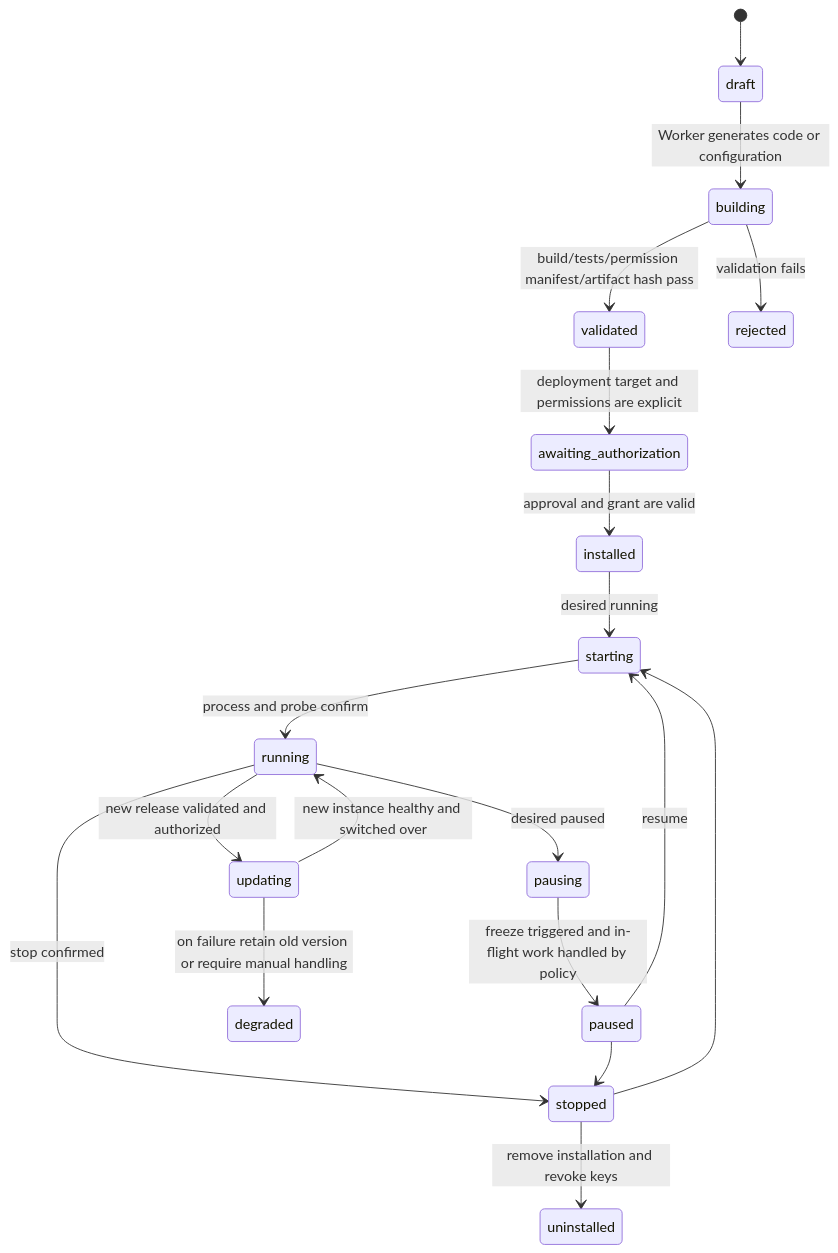
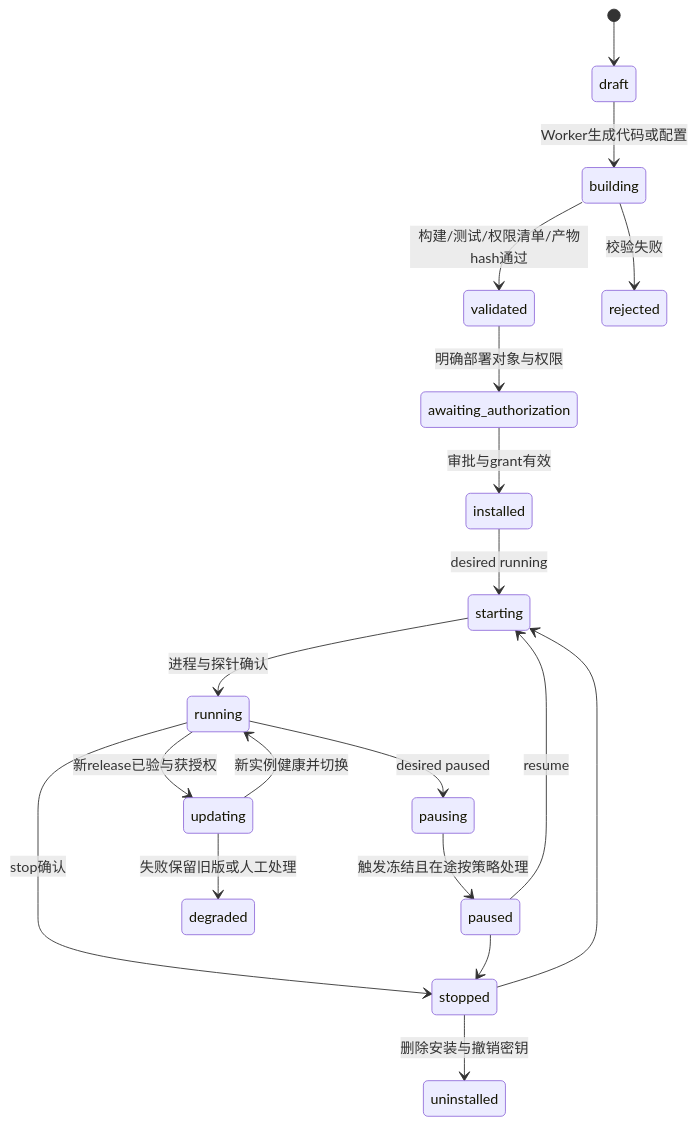
Before and after one commit to ronigooja/Cylo: the third of 3 diagrams in docs/archive/research/reports/04-architecture.md, drawn with Mermaid. The commit also changed other lines of this file and 5 other files, not shown here.

````diff
--- a/docs/archive/research/reports/04-architecture.md
+++ b/docs/archive/research/reports/04-architecture.md
@@ -233,21 +234,21 @@
 ```mermaid
 stateDiagram-v2
   [*] --> draft
-  draft --> building: Worker generates code or configuration
-  building --> validated: build/tests/permission manifest/artifact hash pass
-  building --> rejected: validation fails
-  validated --> awaiting_authorization: deployment target and permissions are explicit
-  awaiting_authorization --> installed: approval and grant are valid
+  draft --> building: Worker生成代码或配置
+  building --> validated: 构建/测试/权限清单/产物hash通过
+  building --> rejected: 校验失败
+  validated --> awaiting_authorization: 明确部署对象与权限
+  awaiting_authorization --> installed: 审批与grant有效
   installed --> starting: desired running
-  starting --> running: process and probe confirm
+  starting --> running: 进程与探针确认
   running --> pausing: desired paused
-  pausing --> paused: freeze triggered and in-flight work handled by policy
+  pausing --> paused: 触发冻结且在途按策略处理
   paused --> starting: resume
-  running --> updating: new release validated and authorized
-  updating --> running: new instance healthy and switched over
-  updating --> degraded: on failure retain old version or require manual handling
-  running --> stopped: stop confirmed
+  running --> updating: 新release已验与获授权
+  updating --> running: 新实例健康并切换
+  updating --> degraded: 失败保留旧版或人工处理
+  running --> stopped: stop确认
   paused --> stopped
   stopped --> starting
-  stopped --> uninstalled: remove installation and revoke keys
+  stopped --> uninstalled: 删除安装与撤销密钥
 ```
````
